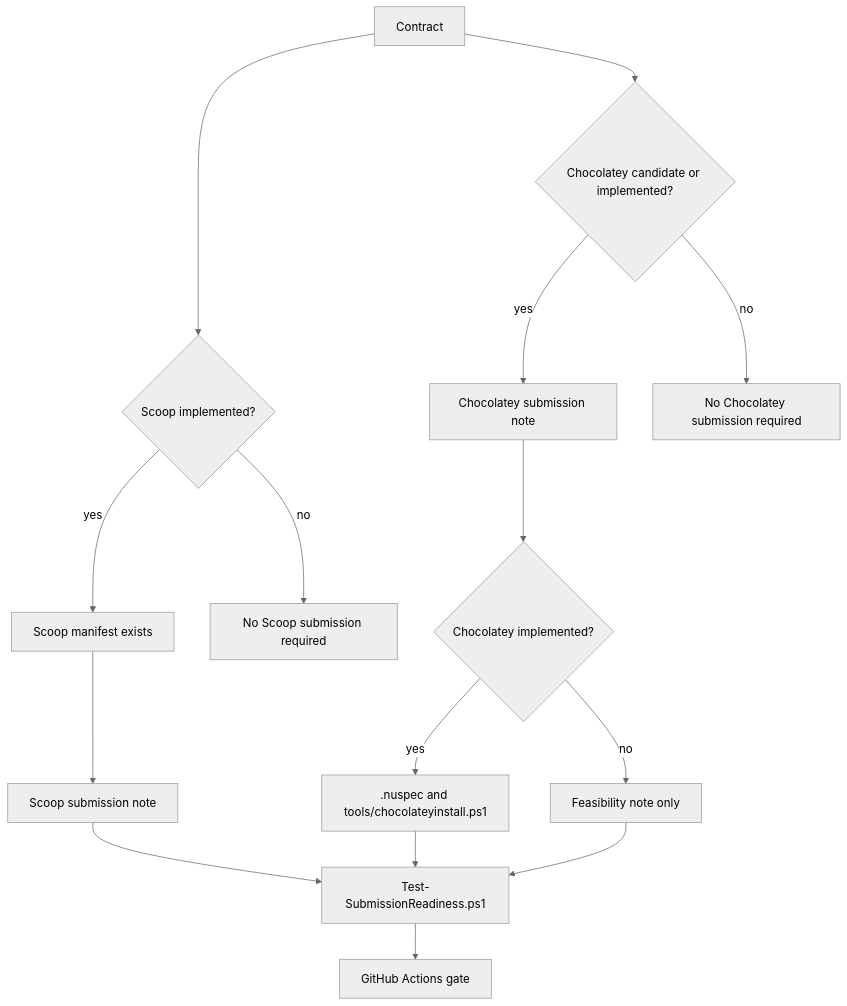
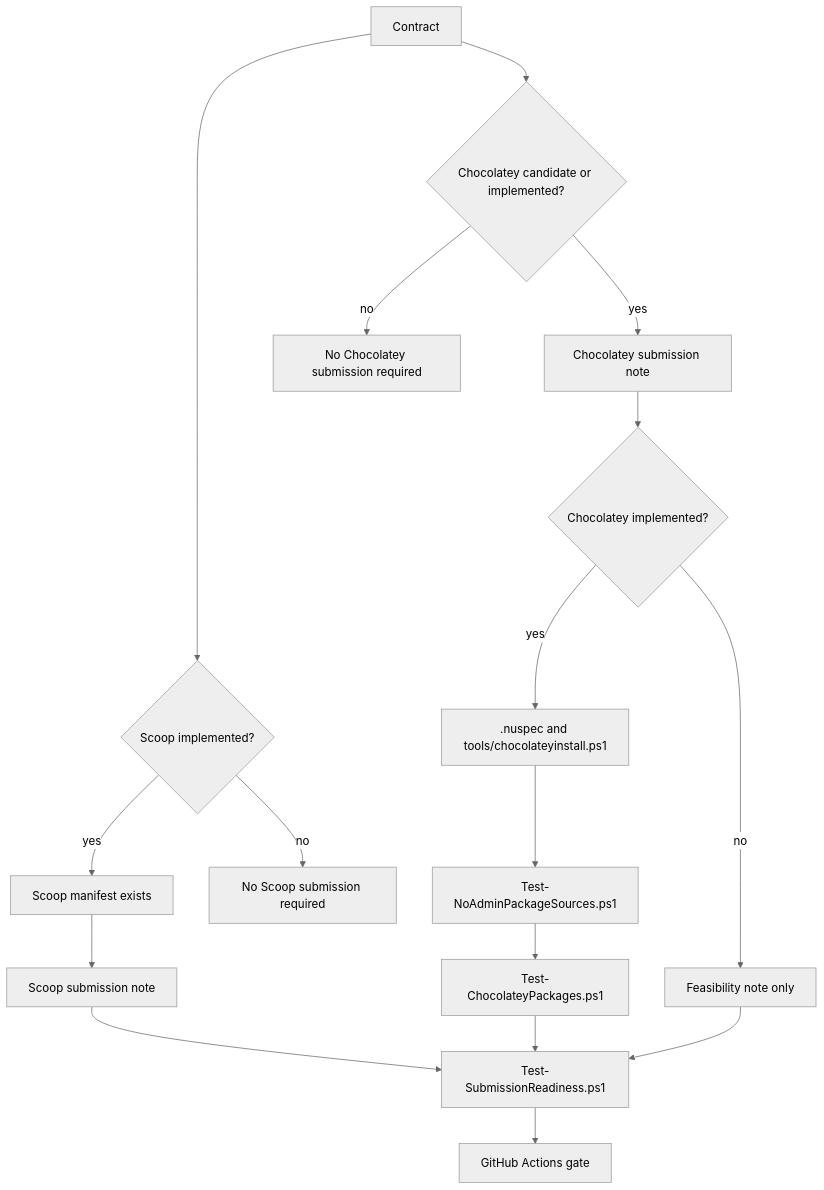
Before and after one commit to edithatogo/Extras: the seventh of 9 diagrams in packaging/design.md, drawn with Mermaid (neutral theme). The commit also changed other lines of this file and 49 other files, not shown here.

Commit message:
Automate no-admin Chocolatey package gates

````diff
--- a/packaging/design.md
+++ b/packaging/design.md
@@ -112,17 +116,19 @@
 ```mermaid
 flowchart TD
     A[Contract] --> B{Scoop implemented?}
     B -- yes --> C[Scoop manifest exists]
     C --> D[Scoop submission note]
     B -- no --> E[No Scoop submission required]
     A --> F{Chocolatey candidate or implemented?}
     F -- yes --> G[Chocolatey submission note]
     G --> H{Chocolatey implemented?}
     H -- yes --> K[.nuspec and tools/chocolateyinstall.ps1]
+    K --> N[Test-NoAdminPackageSources.ps1]
+    N --> O[Test-ChocolateyPackages.ps1]
     H -- no --> L[Feasibility note only]
     F -- no --> M[No Chocolatey submission required]
     D --> I[Test-SubmissionReadiness.ps1]
-    K --> I
+    O --> I
     L --> I
     I --> J[GitHub Actions gate]
 ```
````
